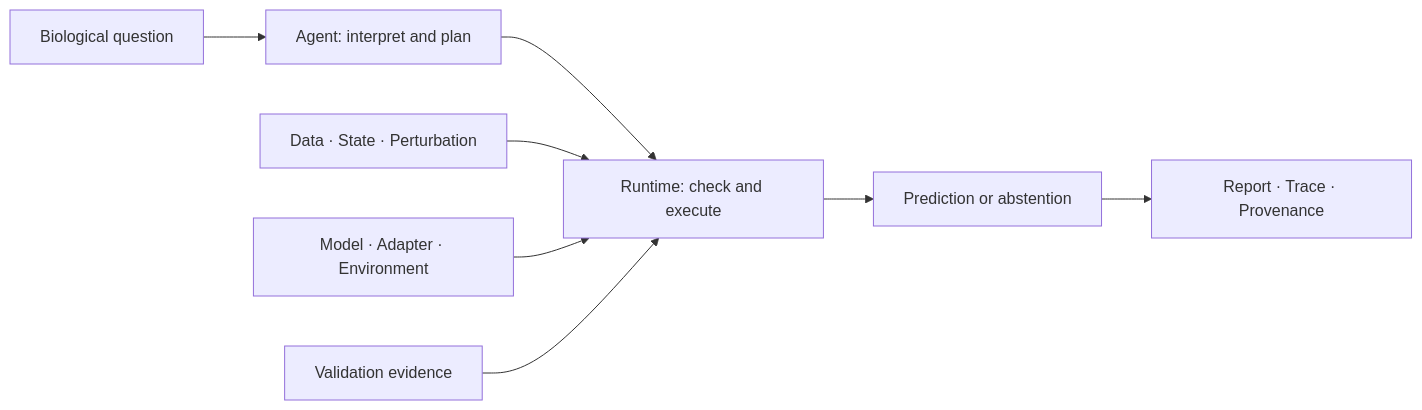
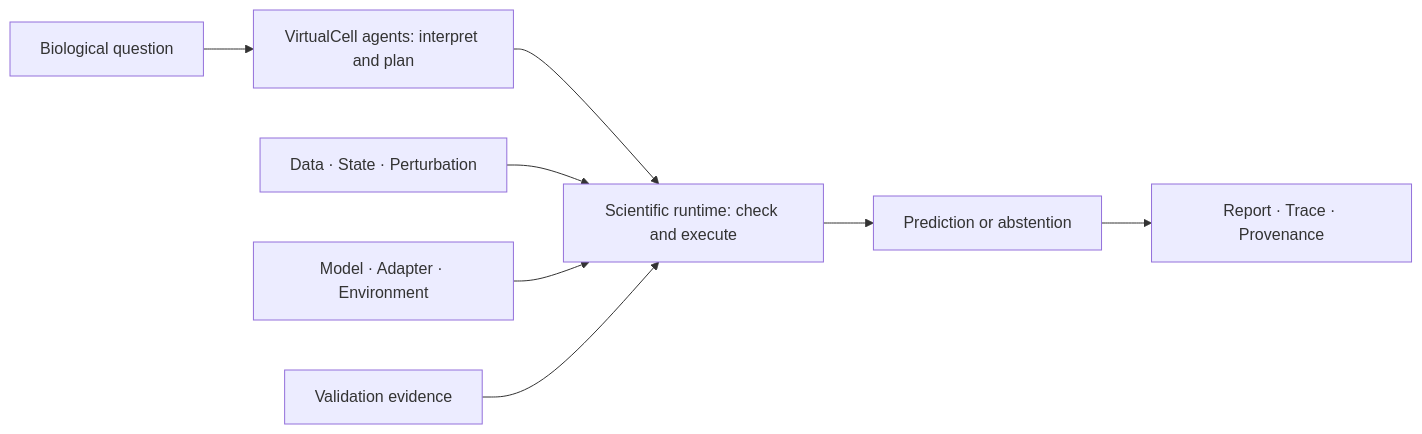
Before and after one commit to NHNQNHNQ/PRAXIS-Virtualcell: the diagram in README.md, drawn with Mermaid. The commit also changed other lines of this file and 264 other files, not shown here.

Commit message:
Release standalone VirtualCell 1.0.0 without shared platform implementation

````diff
--- a/README.md
+++ b/README.md
@@ -23,10 +27,10 @@
 ```mermaid
 flowchart LR
-    Q["Biological question"] --> A["Agent: interpret and plan"]
-    A --> R["Runtime: check and execute"]
+    Q["Biological question"] --> A["VirtualCell agents: interpret and plan"]
+    A --> R["Scientific runtime: check and execute"]
     P["Data · State · Perturbation"] --> R
     M["Model · Adapter · Environment"] --> R
     E["Validation evidence"] --> R
     R --> O["Prediction or abstention"]
     O --> T["Report · Trace · Provenance"]
 ```
````
